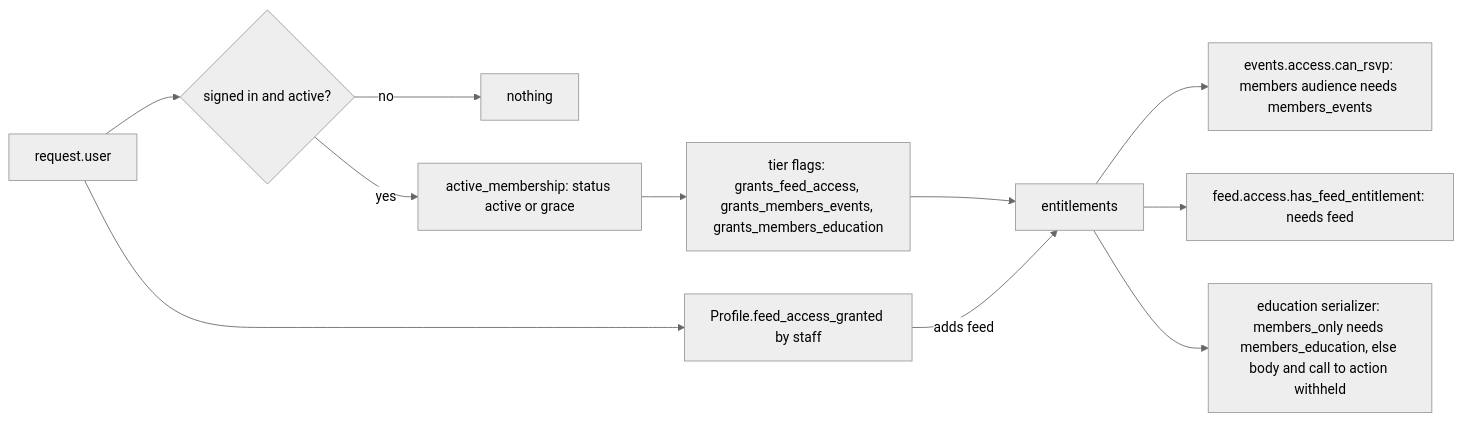
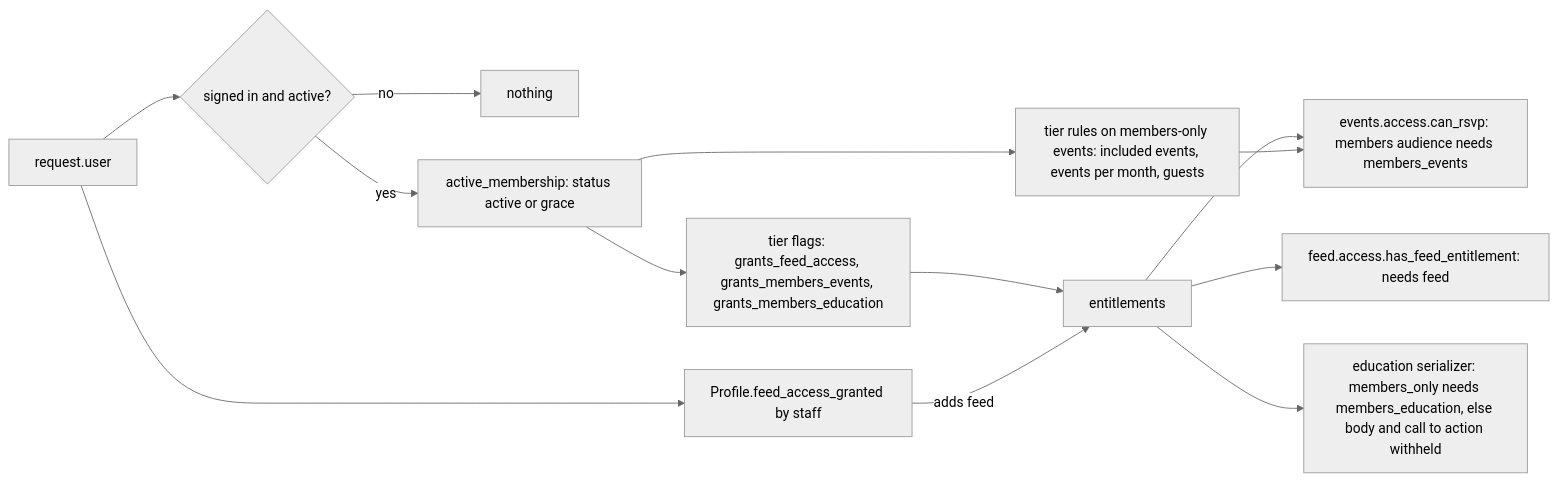
Before and after one commit to degarmo/rose: the fourth of 4 diagrams in docs/architecture.md, drawn with Mermaid (neutral theme). The commit also changed other lines of this file and 80 other files, not shown here.

First line of the commit message:
Add the membership page and tier rules

````diff
--- a/docs/architecture.md
+++ b/docs/architecture.md
@@ -222,13 +223,15 @@
 ```mermaid
 flowchart LR
     U[request.user] --> A{signed in and active?}
     A -- no --> N[nothing]
     A -- yes --> M[active_membership: status active or grace]
     M --> T[tier flags: grants_feed_access, grants_members_events, grants_members_education]
     U --> G[Profile.feed_access_granted by staff]
     T --> E[entitlements]
     G -->|adds feed| E
     E --> R[events.access.can_rsvp: members audience needs members_events]
+    M --> TR[tier rules on members-only events: included events, events per month, guests]
+    TR --> R
     E --> F[feed.access.has_feed_entitlement: needs feed]
     E --> O[education serializer: members_only needs members_education, else body and call to action withheld]
 ```
````
